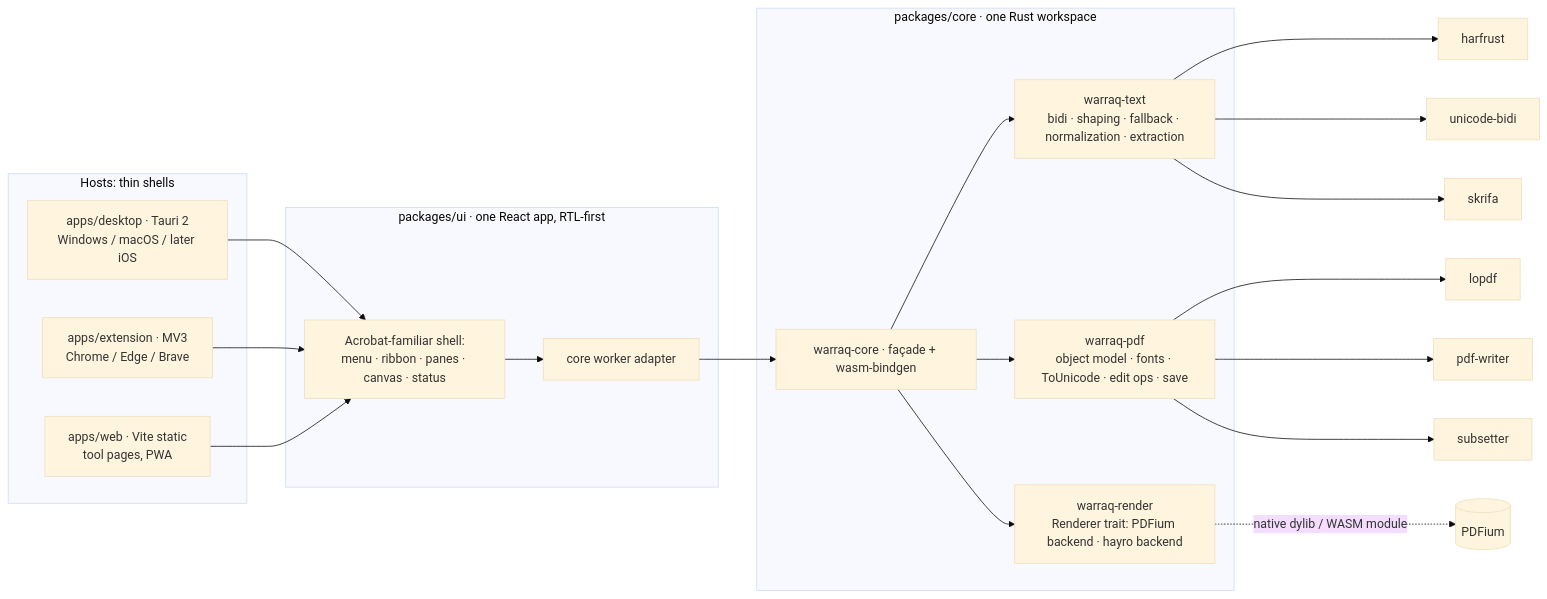
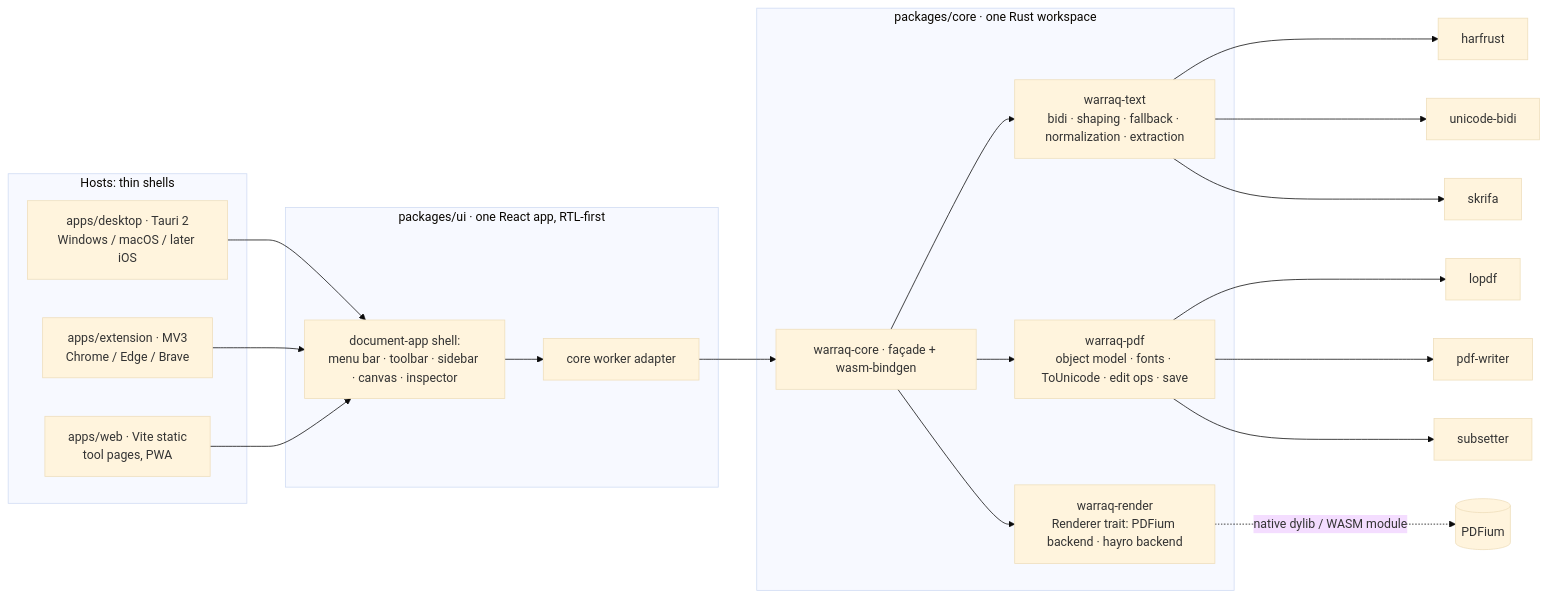
The diagram in docs/architecture.md (MFvision/ZOOD-PDF), drawn with Mermaid (base theme) before and after one commit. The commit also changed 9 other files, not shown here.

First line of the commit message:
Stop sending people to the status bar and the ribbon, which are gone

````diff
--- a/docs/architecture.md
+++ b/docs/architecture.md
@@ -3,24 +3,24 @@
 ```mermaid
 flowchart LR
   subgraph hosts[Hosts: thin shells]
     D[apps/desktop · Tauri 2<br/>Windows / macOS / later iOS]
     X[apps/extension · MV3<br/>Chrome / Edge / Brave]
     W[apps/web · Vite static<br/>tool pages, PWA]
   end
   subgraph ui[packages/ui · one React app, RTL-first]
-    Shell[Acrobat-familiar shell:<br/>menu · ribbon · panes · canvas · status]
+    Shell[document-app shell:<br/>menu bar · toolbar · sidebar · canvas · inspector]
     Worker[core worker adapter]
   end
   subgraph core[packages/core · one Rust workspace]
     Core[warraq-core · façade + wasm-bindgen]
     Text[warraq-text<br/>bidi · shaping · fallback · normalization · extraction]
     Pdf[warraq-pdf<br/>object model · fonts · ToUnicode · edit ops · save]
     Render[warraq-render<br/>Renderer trait: PDFium backend · hayro backend]
   end
   D --> Shell; X --> Shell; W --> Shell
   Shell --> Worker --> Core
   Core --> Text; Core --> Pdf; Core --> Render
   Render -. native dylib / WASM module .-> PDFium[(PDFium)]
   Pdf --> lopdf & pdf-writer & subsetter
   Text --> harfrust & unicode-bidi & skrifa
 ```
````
